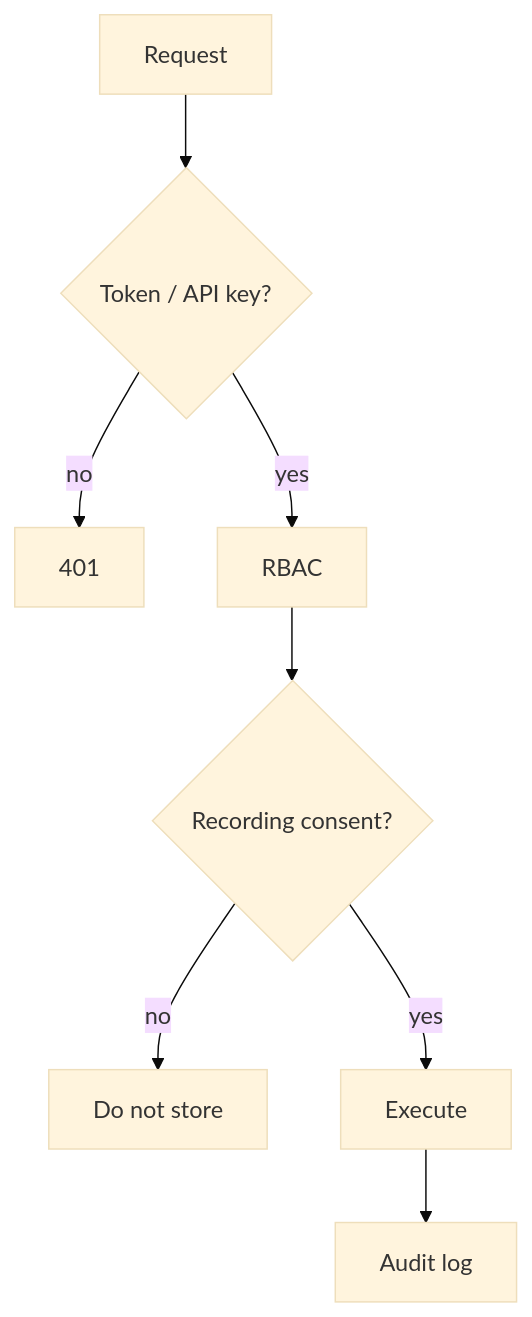
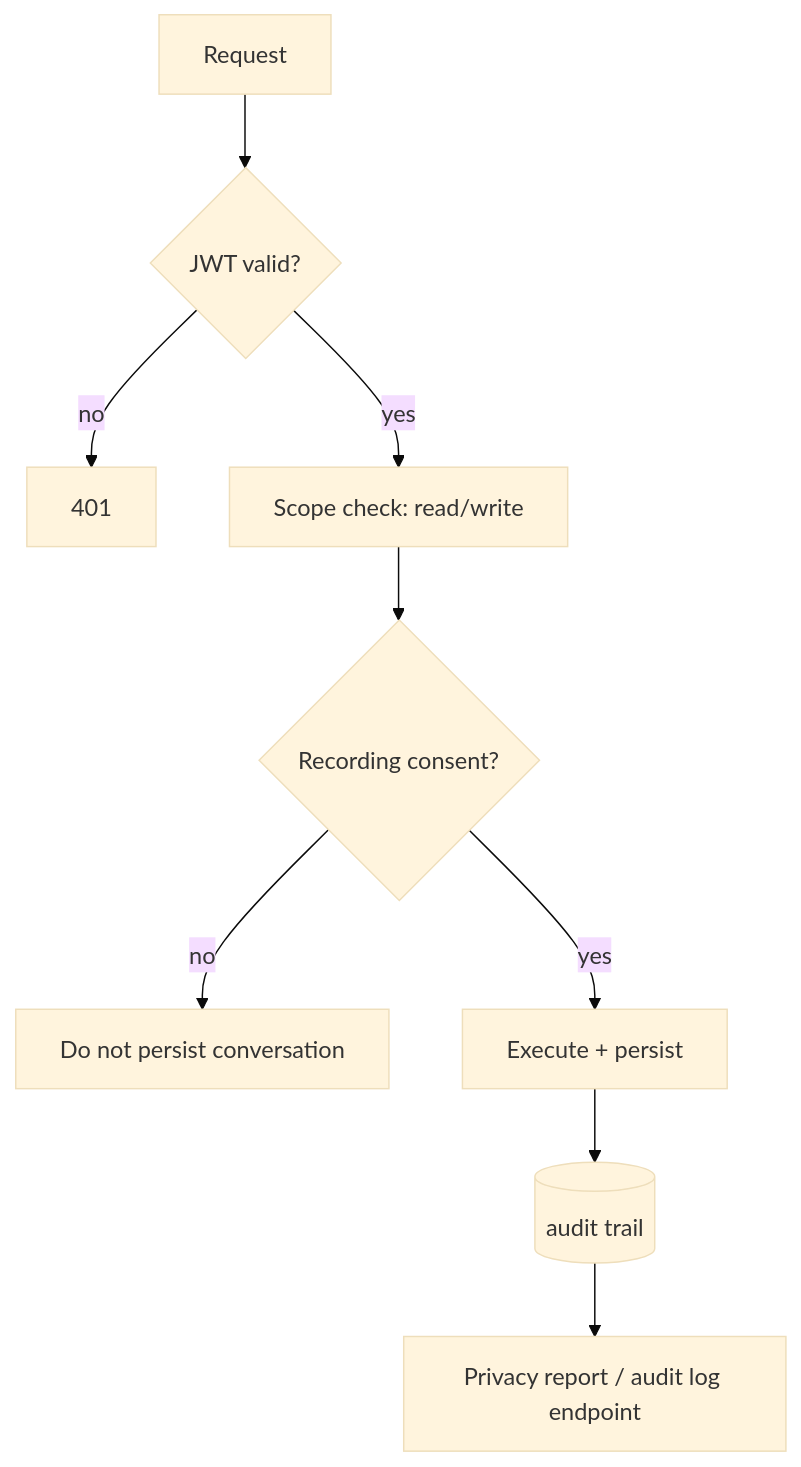
The diagram in docs/architecture/15-security-and-privacy.md (Gags-31/HubSpot-AI-CRM), drawn with Mermaid (base theme) before and after one commit. The commit also changed other lines of this file and 62 other files, not shown here.

Commit message:
v3: SQLite persistence, 11 agents, JWT/RBAC security, WebSocket chat, vector store RAG, ML models, job runner, telemetry, seed data, CI, expanded website

````diff
--- a/docs/architecture/15-security-and-privacy.md
+++ b/docs/architecture/15-security-and-privacy.md
@@ -9,10 +9,11 @@
 ```mermaid
 flowchart TD
-  R[Request] --> A{Token / API key?}
-  A -- no --> D[401]
-  A -- yes --> RB[RBAC]
+  R[Request] --> T{JWT valid?}
+  T -- no --> D[401]
+  T -- yes --> RB[Scope check: read/write]
   RB --> C{Recording consent?}
-  C -- no --> NS[Do not store]
-  C -- yes --> EX[Execute]
-  EX --> L[Audit log]
+  C -- no --> NS[Do not persist conversation]
+  C -- yes --> EX[Execute + persist]
+  EX --> AU[(audit trail)]
+  AU --> RPT[Privacy report / audit log endpoint]
 ```
````
